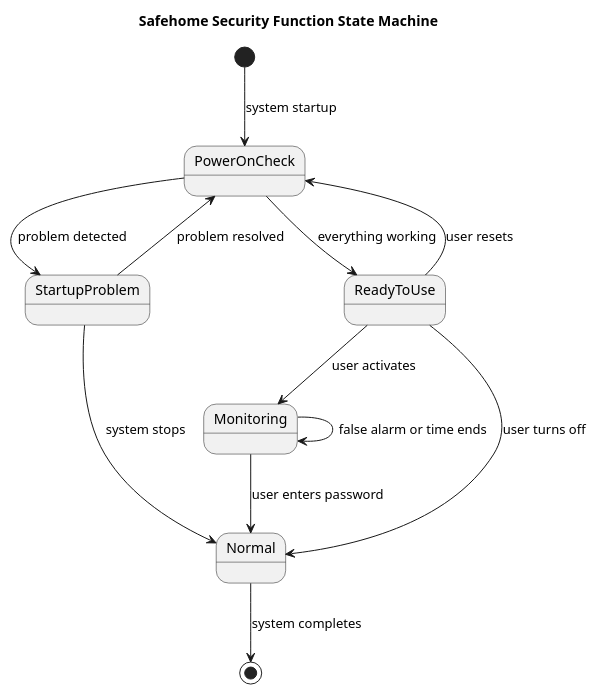
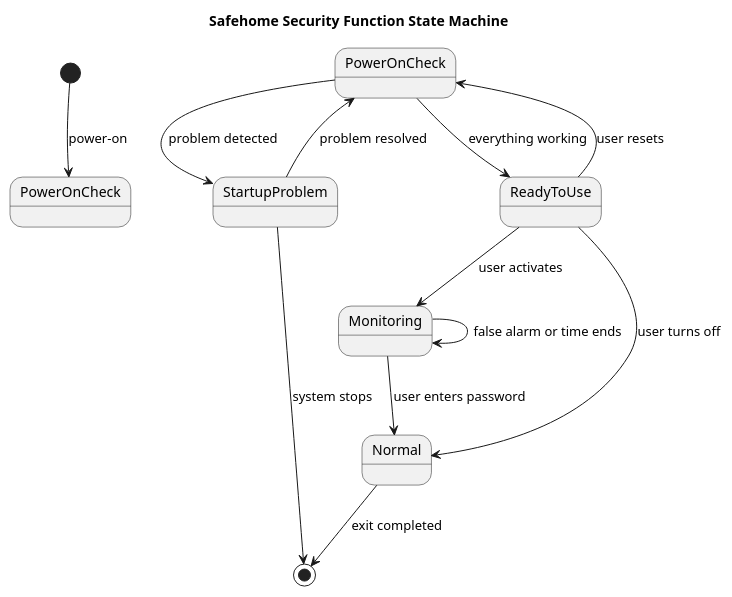
The diagram in results/plantuml_pipeline/runs/open_source__deepseek_r1_14b__few_shot_validation_generator_critic_repair__syntax_grounded/case_47_safehome_security_function/run_01.puml (maimunafaria/State_transition_Diagram_generated_by_LLM), drawn with PlantUML before and after one commit. The commit also changed 349 other files, not shown here.

```diff
--- a/results/plantuml_pipeline/runs/open_source__deepseek_r1_14b__few_shot_validation_generator_critic_repair__syntax_grounded/case_47_safehome_security_function/run_01.puml
+++ b/results/plantuml_pipeline/runs/open_source__deepseek_r1_14b__few_shot_validation_generator_critic_repair__syntax_grounded/case_47_safehome_security_function/run_01.puml
@@ -1,26 +1,27 @@
 @startuml
 title Safehome Security Function State Machine
+
+[*] --> PowerOnCheck : power-on
 
 state "PowerOnCheck" as POC
 state "StartupProblem" as SP
 state "ReadyToUse" as RTU
 state "Monitoring" as M
 state "Normal" as N
 
-[*] --> POC : system startup
-
 POC --> RTU : everything working
 POC --> SP : problem detected
 
 SP --> POC : problem resolved
-SP --> N : system stops
+SP --> [*] : system stops
 
 RTU --> POC : user resets
 RTU --> M : user activates
 RTU --> N : user turns off
 
 M --> M : false alarm or time ends
 M --> N : user enters password
 
-N --> [*] : system completes
+N --> [*] : exit completed
+
 @enduml
```
